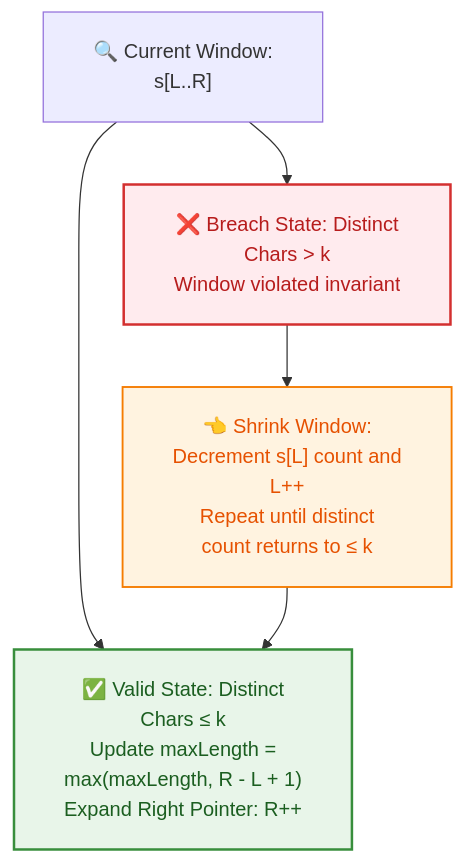
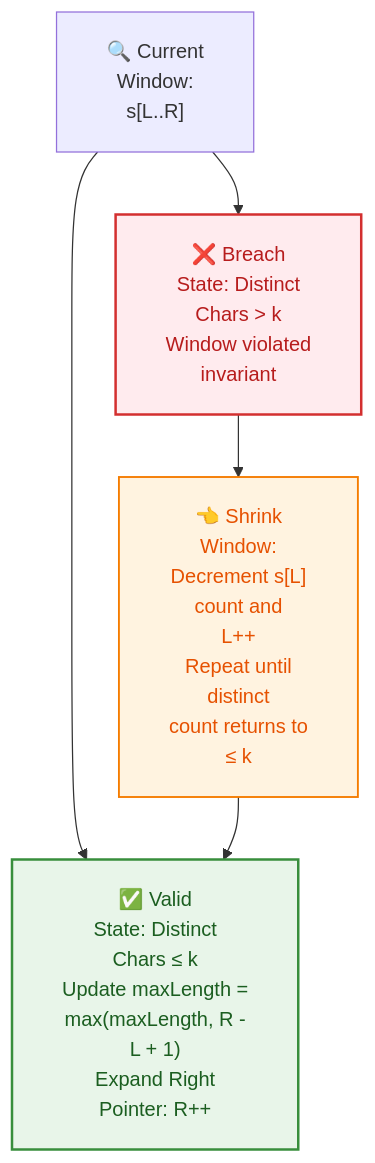
The fourth of 6 diagrams in week_04_core_problem_solving_patterns_i/Week_04_Visual_Concepts_Playbook_HYBRID.md (dip4k/DSA_102), drawn with Mermaid before and after one commit. The commit also changed other lines of this file and 106 other files, not shown here.

First line of the commit message:
fix(mermaid): prevent text clipping with foreignObject overflow and tighter line wrapping

````diff
--- a/week_04_core_problem_solving_patterns_i/Week_04_Visual_Concepts_Playbook_HYBRID.md
+++ b/week_04_core_problem_solving_patterns_i/Week_04_Visual_Concepts_Playbook_HYBRID.md
@@ -407,13 +407,13 @@
 ```mermaid
-%%{init: {"flowchart": {"htmlLabels": true, "padding": 20}}}%%
+%%{init: {"flowchart": {"htmlLabels": true, "padding": 20}, "themeCSS": "foreignObject { overflow: visible !important; }"}}%%
 flowchart TD
     classDef valid fill:#e8f5e9,stroke:#388e3c,color:#1b5e20,stroke-width:2px;
     classDef breach fill:#ffebee,stroke:#d32f2f,color:#b71c1c,stroke-width:2px;
     classDef shrink fill:#fff3e0,stroke:#f57c00,color:#e65100,stroke-width:1.5px;
 
-    W["🔍 Current Window:<br/>s[L..R]"]
-    W --> V["✅ Valid State: Distinct<br/>Chars &le; k<br/>Update maxLength =<br/>max(maxLength, R - L + 1)<br/>Expand Right Pointer: R++"]:::valid
-    W --> B["❌ Breach State: Distinct<br/>Chars > k<br/>Window violated invariant"]:::breach
-    B --> S["👈 Shrink Window:<br/>Decrement s[L] count and<br/>L++<br/>Repeat until distinct<br/>count returns to &le; k"]:::shrink
+    W["🔍 Current<br/>Window:<br/>s[L..R]"]
+    W --> V["✅ Valid<br/>State: Distinct<br/>Chars &le; k<br/>Update maxLength =<br/>max(maxLength, R -<br/>L + 1)<br/>Expand Right<br/>Pointer: R++"]:::valid
+    W --> B["❌ Breach<br/>State: Distinct<br/>Chars > k<br/>Window violated<br/>invariant"]:::breach
+    B --> S["👈 Shrink<br/>Window:<br/>Decrement s[L]<br/>count and<br/>L++<br/>Repeat until<br/>distinct<br/>count returns to<br/>&le; k"]:::shrink
     S --> V
 ```
````
